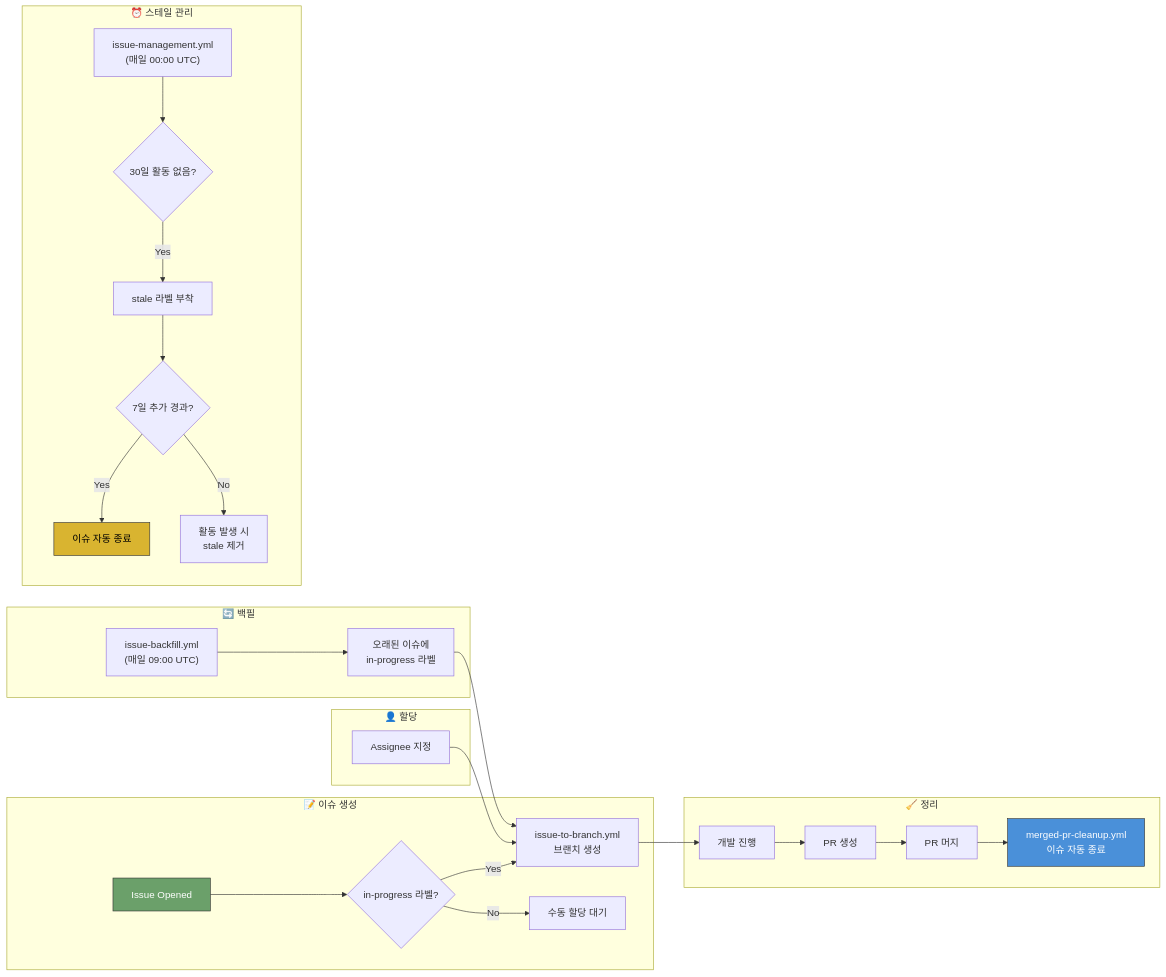
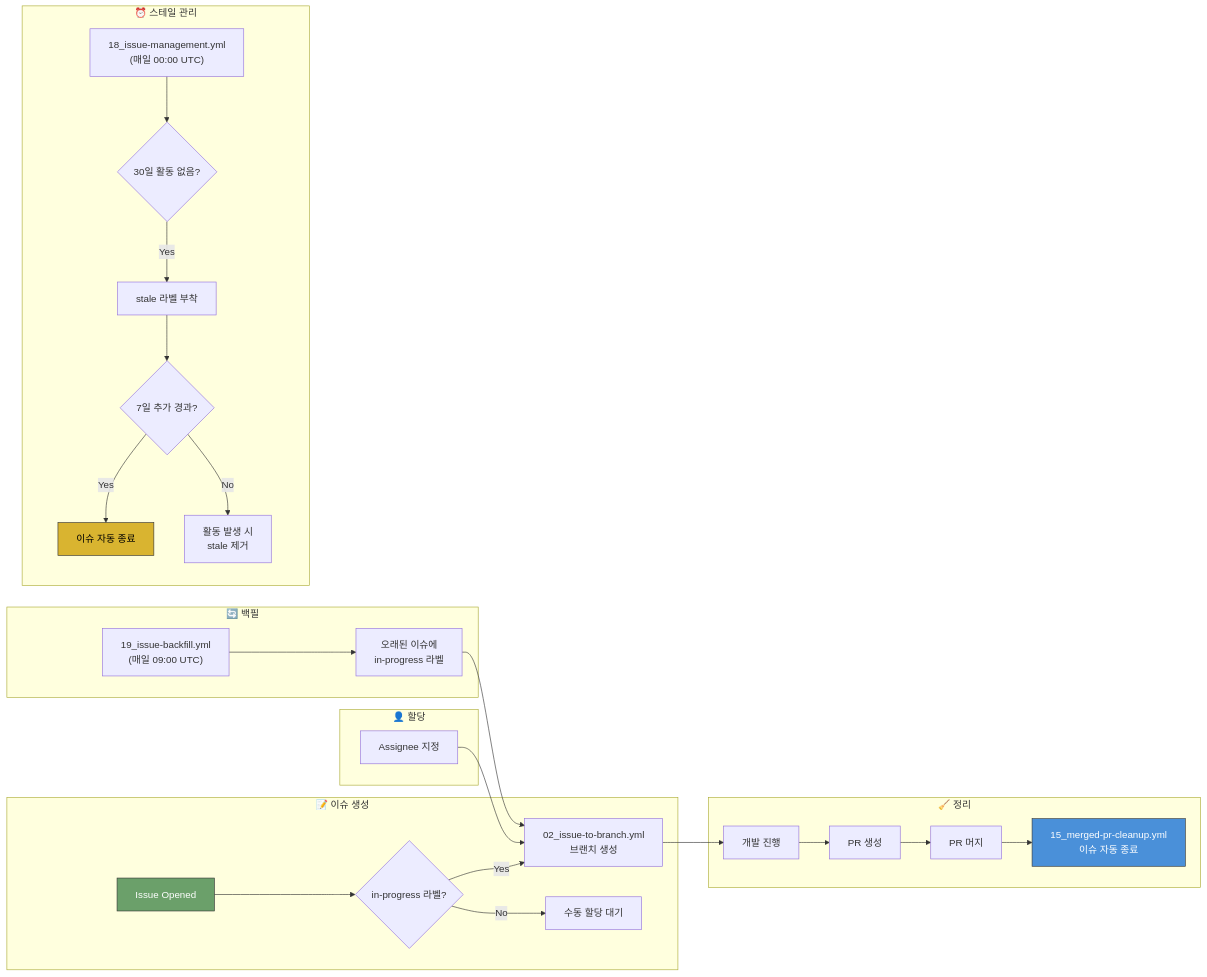
One commit to jclee941/.github changed the fourth of 10 diagrams in docs/architecture.md. Above: the diagram before and after it, drawn with Mermaid. The commit also changed other lines of this file and 11 other files, not shown here.

First line of the commit message:
docs: fix broken config references and upgrade legacy markdown diagrams

````diff
--- a/docs/architecture.md
+++ b/docs/architecture.md
@@ -174,36 +174,36 @@
 ```mermaid
 flowchart LR
     subgraph 생성["📝 이슈 생성"]
         A["Issue Opened"] --> B{"in-progress 라벨?"}
-        B -->|Yes| C["issue-to-branch.yml<br/>브랜치 생성"]
+        B -->|Yes| C["02_issue-to-branch.yml<br/>브랜치 생성"]
         B -->|No| D["수동 할당 대기"]
     end
     
     subgraph 할당["👤 할당"]
         E["Assignee 지정"] --> C
     end
     
     subgraph 백필["🔄 백필"]
-        F["issue-backfill.yml<br/>(매일 09:00 UTC)"] --> G["오래된 이슈에<br/>in-progress 라벨"]
+        F["19_issue-backfill.yml<br/>(매일 09:00 UTC)"] --> G["오래된 이슈에<br/>in-progress 라벨"]
         G --> C
     end
     
     subgraph 정리["🧹 정리"]
         C --> H["개발 진행"]
         H --> I["PR 생성"]
         I --> J["PR 머지"]
-        J --> K["merged-pr-cleanup.yml<br/>이슈 자동 종료"]
+        J --> K["15_merged-pr-cleanup.yml<br/>이슈 자동 종료"]
     end
     
     subgraph 스테일["⏰ 스테일 관리"]
-        L["issue-management.yml<br/>(매일 00:00 UTC)"] --> M{"30일 활동 없음?"}
+        L["18_issue-management.yml<br/>(매일 00:00 UTC)"] --> M{"30일 활동 없음?"}
         M -->|Yes| N["stale 라벨 부착"]
         N --> O{"7일 추가 경과?"}
         O -->|Yes| P["이슈 자동 종료"]
         O -->|No| Q["활동 발생 시<br/>stale 제거"]
     end
     
     style A fill:#6ba06a,stroke:#333,color:#fff
     style K fill:#4a90d9,stroke:#333,color:#fff
     style P fill:#d9b430,stroke:#333,color:#000
 ```
````
